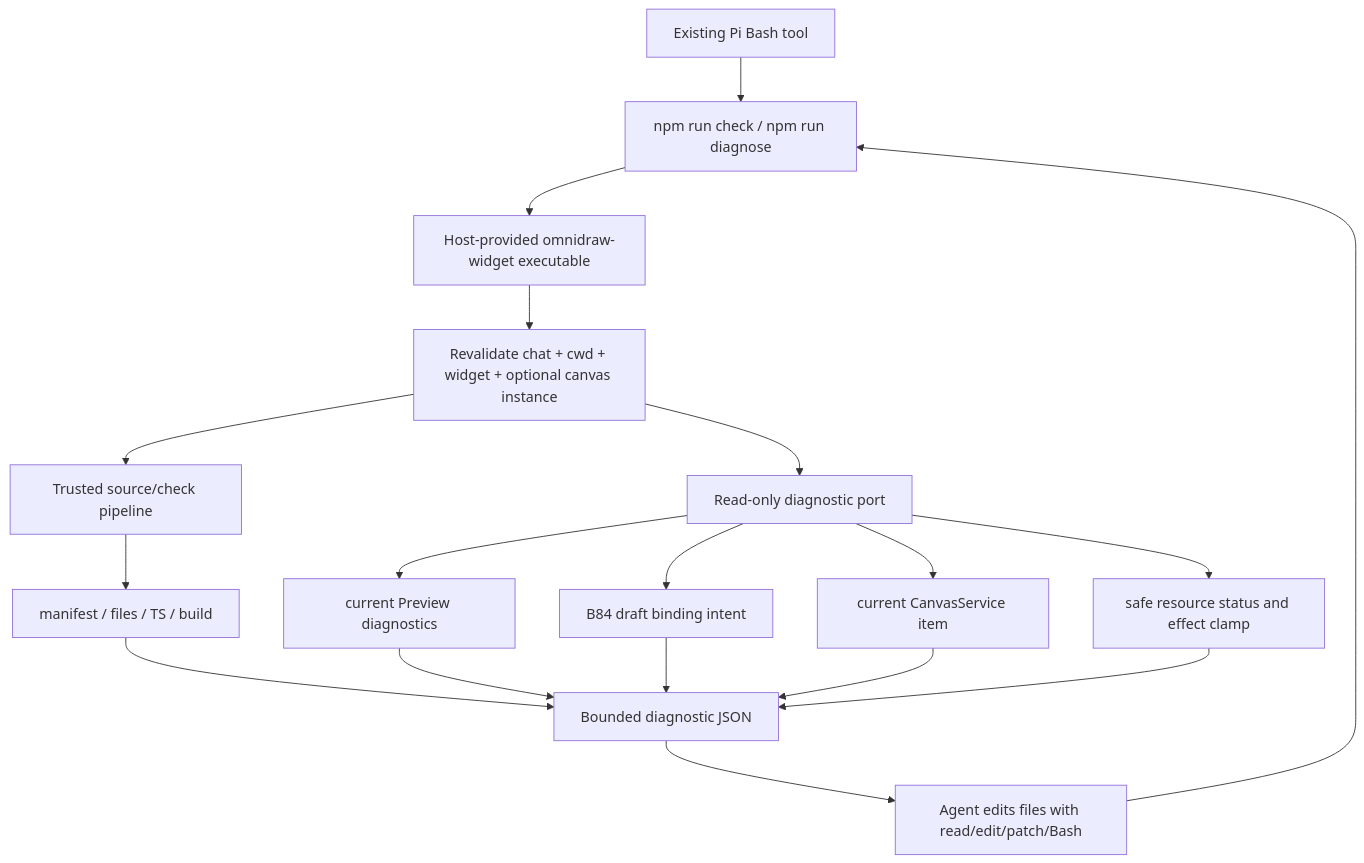
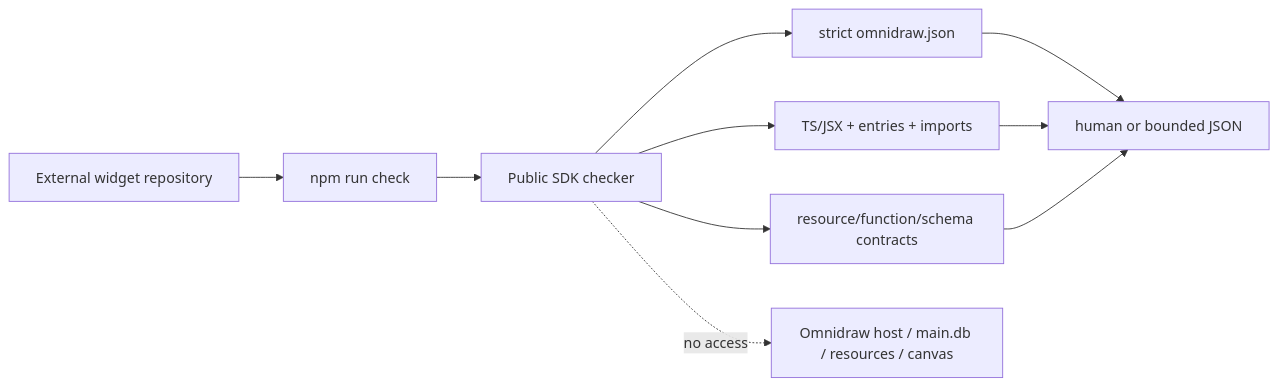
One commit to omnidraw/omnidraw changed the diagram in tasks/a/A118.md. Above: the diagram before and after it, drawn with Mermaid. The commit also changed other lines of this file and 6 other files, not shown here.

````diff
--- a/tasks/a/A118.md
+++ b/tasks/a/A118.md
@@ -162,23 +149,14 @@
 ```mermaid
-flowchart TB
-  bash["Existing Pi Bash tool"] --> npm["npm run check / npm run diagnose"]
-  npm --> exe["Host-provided omnidraw-widget executable"]
+flowchart LR
+  Repo["External widget repository"] --> Npm["npm run check"]
+  Npm --> SDK["Public SDK checker"]
+  SDK --> Manifest["strict omnidraw.json"]
+  SDK --> Source["TS/JSX + entries + imports"]
+  SDK --> Contracts["resource/function/schema contracts"]
+  Manifest --> Report["human or bounded JSON"]
+  Source --> Report
+  Contracts --> Report
 
-  exe --> scope["Revalidate chat + cwd + widget + optional canvas instance"]
-  scope --> check["Trusted source/check pipeline"]
-  scope --> diag["Read-only diagnostic port"]
-
-  check --> manifest["manifest / files / TS / build"]
-  diag --> preview["current Preview diagnostics"]
-  diag --> intent["B84 draft binding intent"]
-  diag --> canvas["current CanvasService item"]
-  diag --> resources["safe resource status and effect clamp"]
-
-  manifest --> json["Bounded diagnostic JSON"]
-  preview --> json
-  intent --> json
-  canvas --> json
-  resources --> json
-  json --> agent["Agent edits files with read/edit/patch/Bash"]
-  agent --> npm
+  Host["Omnidraw host / main.db / resources / canvas"]
+  SDK -. "no access" .-> Host
 ```
````
